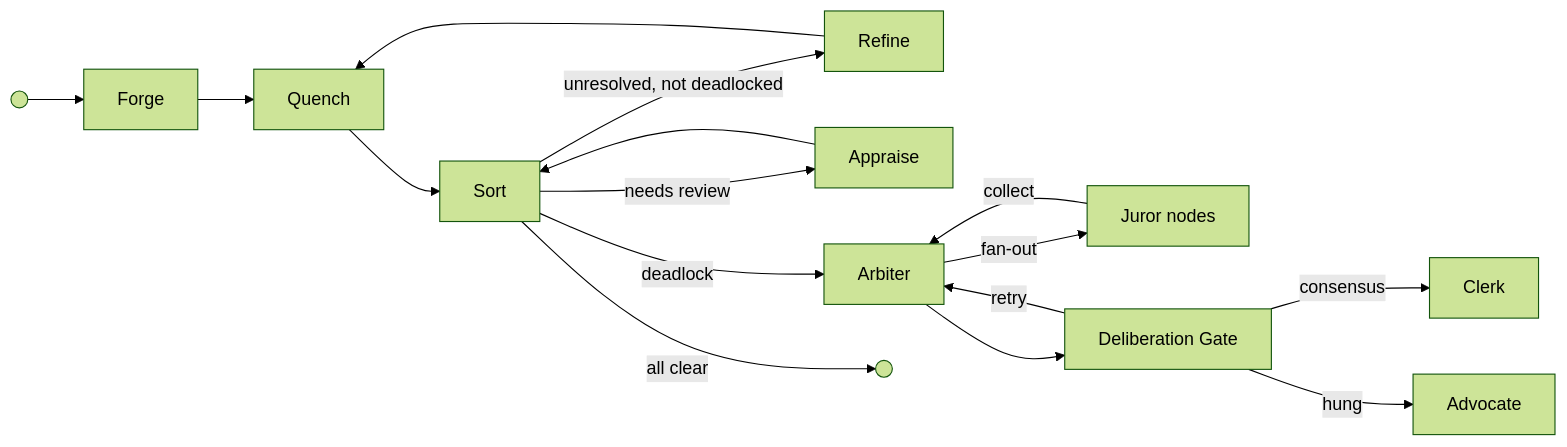
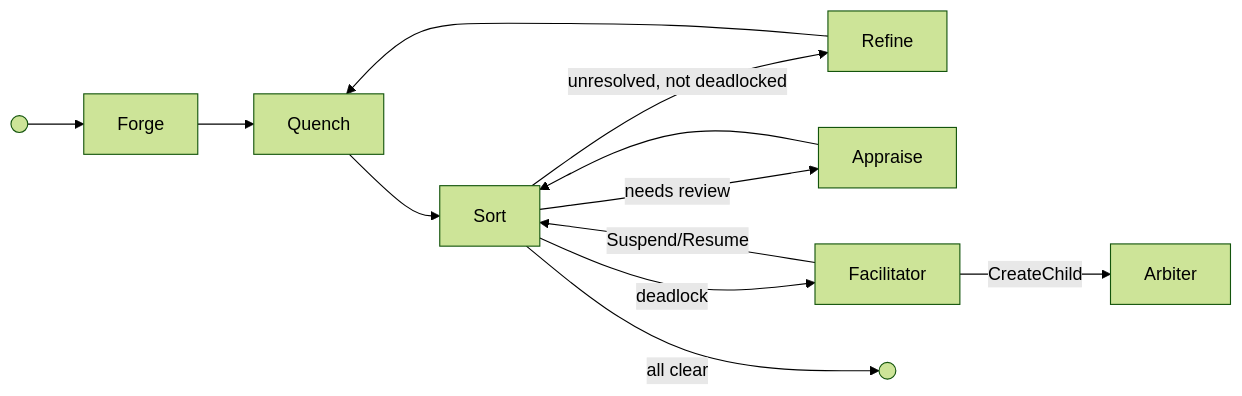
Before and after one commit to really-knows-ai/gideas: the first of 5 diagrams in specs/01-concepts/02-foundry-cycle.md, drawn with Mermaid (forest theme). The commit also changed other lines of this file and 28 other files, not shown here.

````diff
--- a/specs/01-concepts/02-foundry-cycle.md
+++ b/specs/01-concepts/02-foundry-cycle.md
@@ -141,20 +146,16 @@
 ```mermaid
 flowchart LR
     Start(( )) --> Forge
     Forge --> Quench
     Quench --> Sort
 
     Sort -->|unresolved, not deadlocked| Refine
     Sort -->|needs review| Appraise
-    Sort -->|deadlock| Arbiter
+    Sort -->|deadlock| Facilitator
     Sort -->|all clear| Completed(( ))
 
     Appraise --> Sort
     Refine --> Quench
-    Arbiter -->|fan-out| Jurors[Juror nodes]
-    Jurors -->|collect| Arbiter
-    Arbiter --> DG[Deliberation Gate]
-    DG -->|consensus| Clerk
-    DG -->|retry| Arbiter
-    DG -->|hung| Advocate
+    Facilitator -->|CreateChild| Arbiter
+    Facilitator -->|Suspend/Resume| Sort
 ```
````
